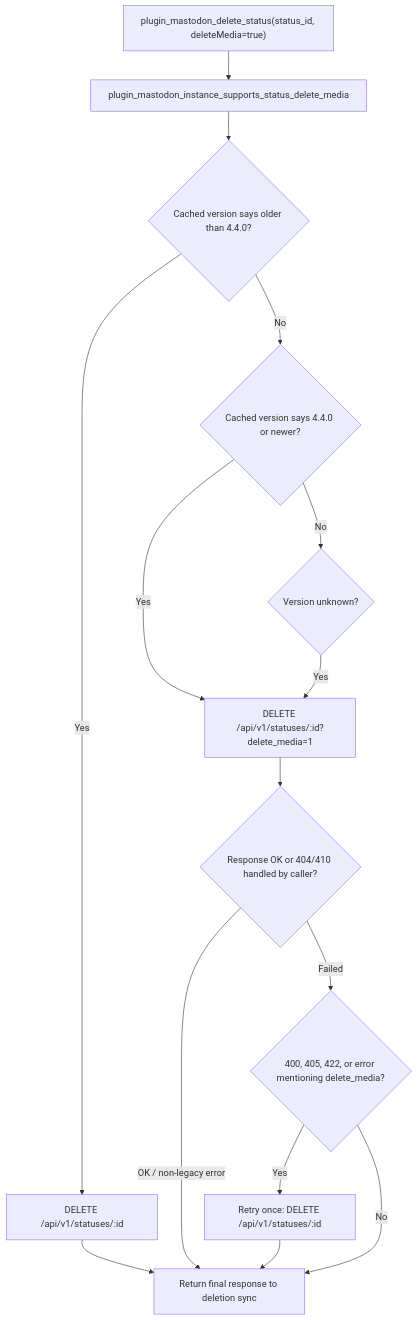
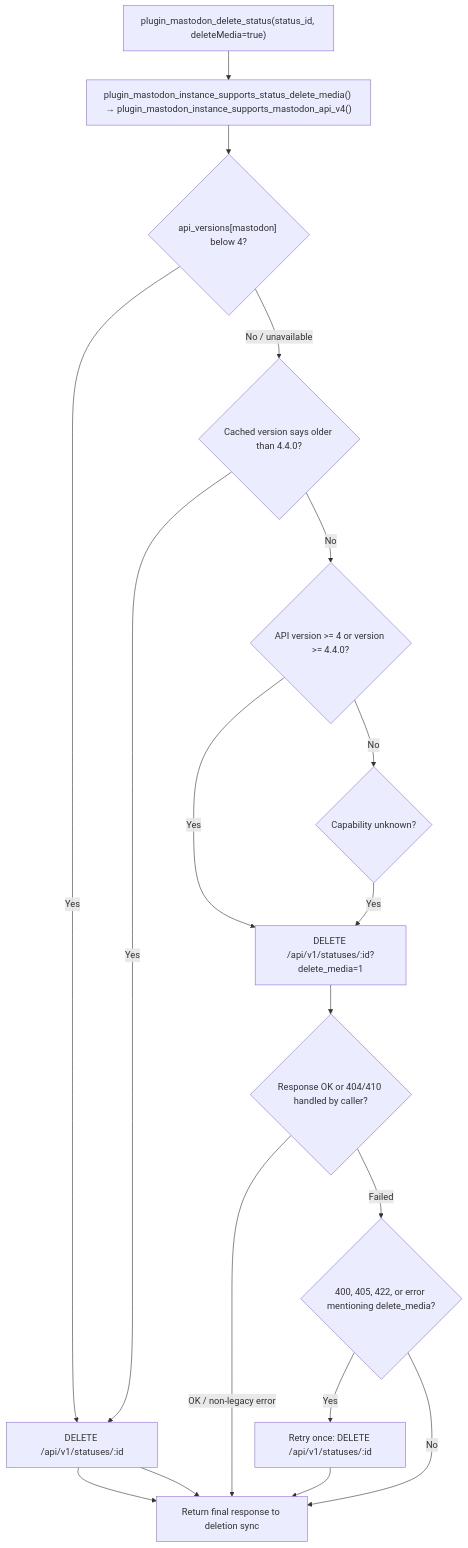
Diagram 25 of 45 in fp-plugins/mastodon/developer-docs/06-Process-Flow.md (flatpressblog/flatpress), drawn with Mermaid before and after one commit. The commit also changed other lines of this file and 27 other files, not shown here.

First line of the commit message:
Mastodon update to version 2.7.0

````diff
--- a/fp-plugins/mastodon/developer-docs/06-Process-Flow.md
+++ b/fp-plugins/mastodon/developer-docs/06-Process-Flow.md
@@ -846,26 +918,29 @@
 ```mermaid
 flowchart TD
     Delete["plugin_mastodon_delete_status(status_id, deleteMedia=true)"]
-    Version["plugin_mastodon_instance_supports_status_delete_media"]
+    Version["plugin_mastodon_instance_supports_status_delete_media() → plugin_mastodon_instance_supports_mastodon_api_v4()"]
+    ApiOld{"api_versions[mastodon] below 4?"}
     KnownOld{"Cached version says older than 4.4.0?"}
-    KnownNew{"Cached version says 4.4.0 or newer?"}
-    Unknown{"Version unknown?"}
+    KnownNew{"API version >= 4 or version >= 4.4.0?"}
+    Unknown{"Capability unknown?"}
     PlainFirst["DELETE /api/v1/statuses/:id"]
     WithParam["DELETE /api/v1/statuses/:id?delete_media=1"]
     Response{"Response OK or 404/410 handled by caller?"}
     LegacyError{"400, 405, 422, or error mentioning delete_media?"}
     RetryPlain["Retry once: DELETE /api/v1/statuses/:id"]
     Return["Return final response to deletion sync"]
 
     Delete --> Version
-    Version --> KnownOld
+    Version --> ApiOld
+    ApiOld -- "Yes" --> PlainFirst --> Return
+    ApiOld -- "No / unavailable" --> KnownOld
     KnownOld -- "Yes" --> PlainFirst --> Return
     KnownOld -- "No" --> KnownNew
     KnownNew -- "Yes" --> WithParam --> Response
     KnownNew -- "No" --> Unknown
     Unknown -- "Yes" --> WithParam
     Response -- "OK / non-legacy error" --> Return
     Response -- "Failed" --> LegacyError
     LegacyError -- "Yes" --> RetryPlain --> Return
     LegacyError -- "No" --> Return
 ```
````
